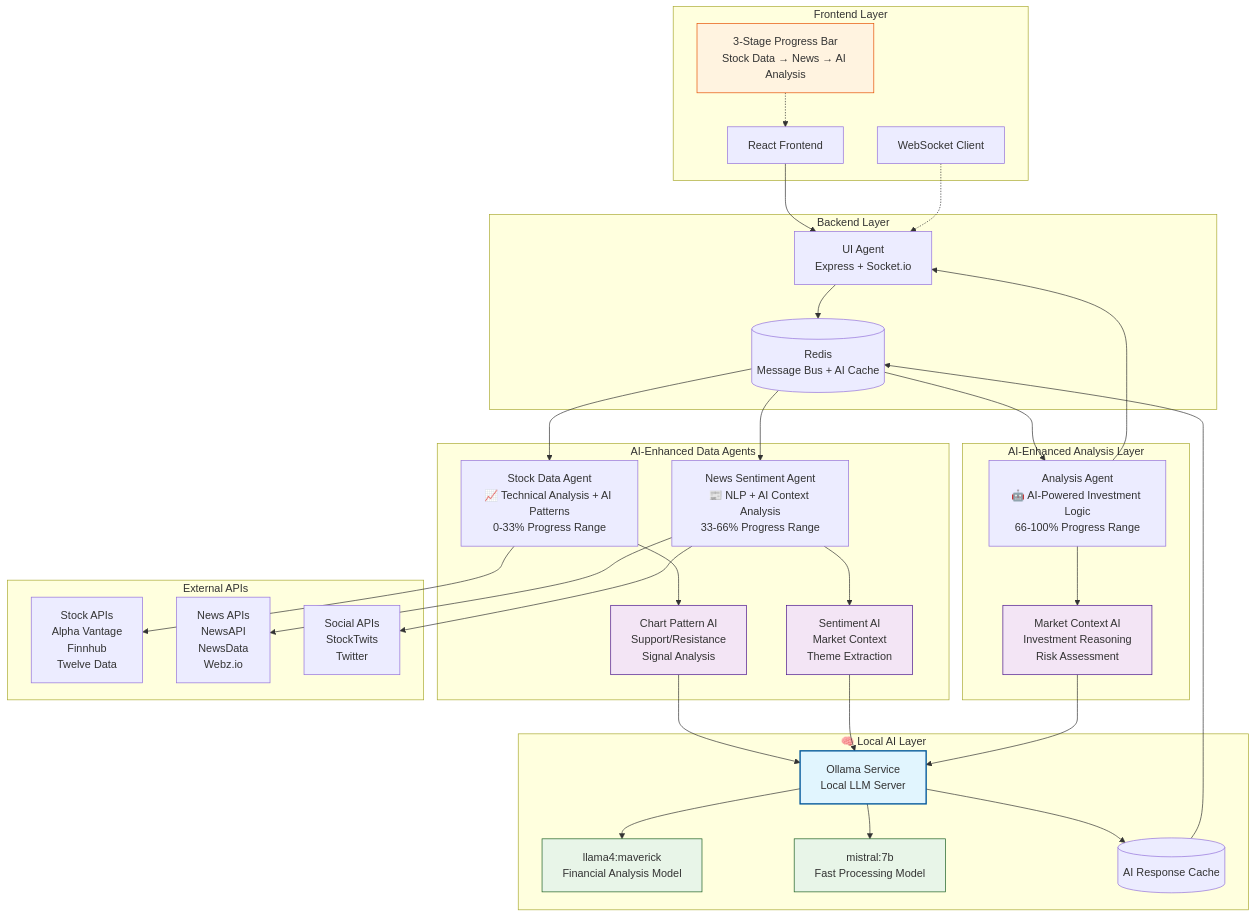
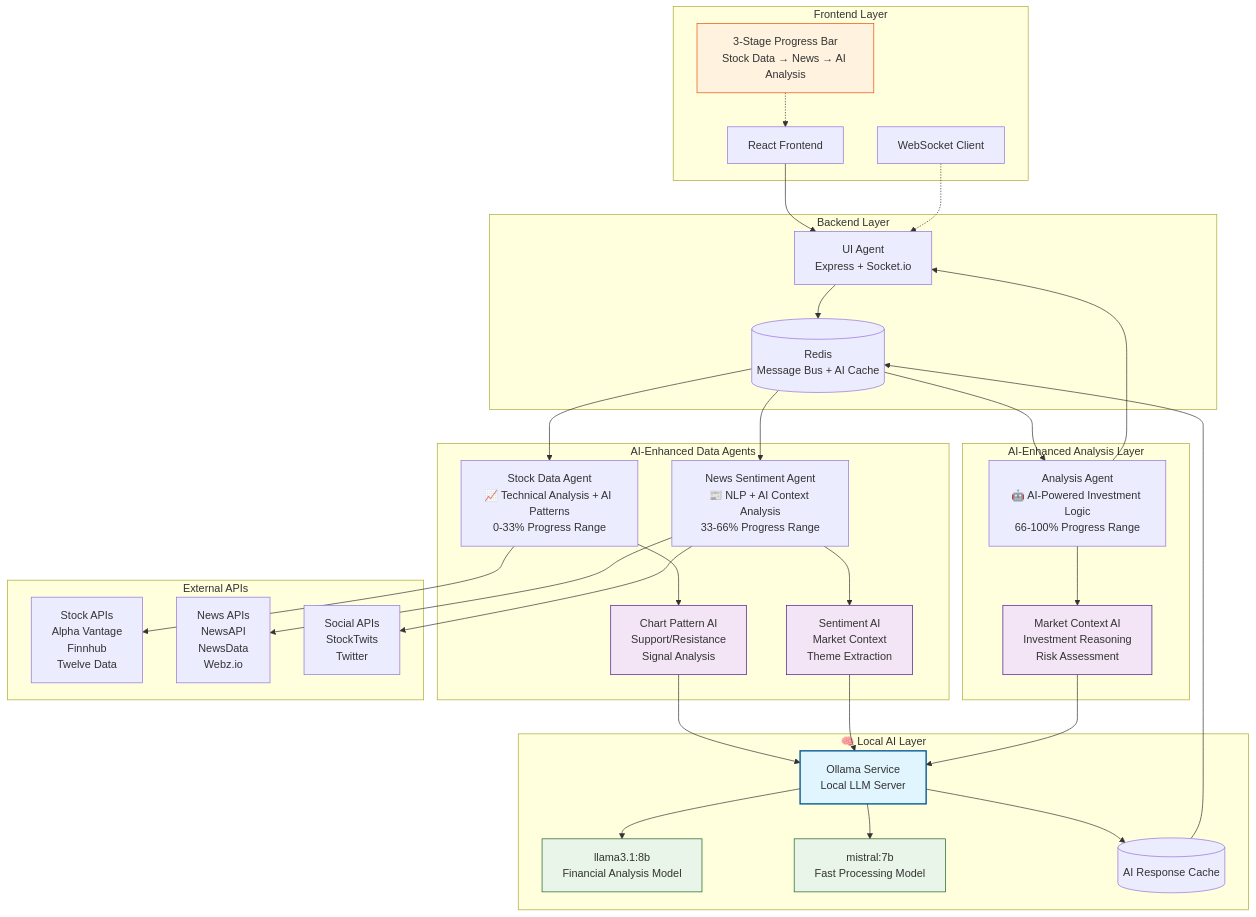
Before and after one commit to iamsudhanshu/stock-analyzer: the first of 7 diagrams in README.md, drawn with Mermaid. The commit also changed other lines of this file and 17 other files, not shown here.

````diff
--- a/README.md
+++ b/README.md
@@ -41,73 +50,73 @@
 ```mermaid
 graph TB
     subgraph "Frontend Layer"
         UI[React Frontend]
         WS[WebSocket Client]
         Progress[3-Stage Progress Bar<br/>Stock Data → News → AI Analysis]
     end
     
     subgraph "Backend Layer"
         UIAgent[UI Agent<br/>Express + Socket.io]
         Redis[(Redis<br/>Message Bus + AI Cache)]
     end
     
     subgraph "🧠 Local AI Layer"
         Ollama[Ollama Service<br/>Local LLM Server]
-        LLaMA[llama4:maverick<br/>Financial Analysis Model]
+        LLaMA[llama3.1:8b<br/>Financial Analysis Model]
         Mistral[mistral:7b<br/>Fast Processing Model]
         AICache[(AI Response Cache)]
     end
     
     subgraph "AI-Enhanced Analysis Layer"
         AnalysisAgent[Analysis Agent<br/>🤖 AI-Powered Investment Logic<br/>66-100% Progress Range]
         AIAnalysis[Market Context AI<br/>Investment Reasoning<br/>Risk Assessment]
     end
     
     subgraph "AI-Enhanced Data Agents"
         StockAgent[Stock Data Agent<br/>📈 Technical Analysis + AI Patterns<br/>0-33% Progress Range]
         StockAI[Chart Pattern AI<br/>Support/Resistance<br/>Signal Analysis]
         
         NewsAgent[News Sentiment Agent<br/>📰 NLP + AI Context Analysis<br/>33-66% Progress Range]
         NewsAI[Sentiment AI<br/>Market Context<br/>Theme Extraction]
     end
     
     subgraph "External APIs"
         StockAPIs[Stock APIs<br/>Alpha Vantage<br/>Finnhub<br/>Twelve Data]
         NewsAPIs[News APIs<br/>NewsAPI<br/>NewsData<br/>Webz.io]
         SocialAPIs[Social APIs<br/>StockTwits<br/>Twitter]
     end
     
     UI --> UIAgent
     WS -.-> UIAgent
     Progress -.-> UI
     UIAgent --> Redis
     Redis --> StockAgent
     Redis --> NewsAgent
     Redis --> AnalysisAgent
     
     StockAgent --> StockAPIs
     StockAgent --> StockAI
     StockAI --> Ollama
     
     NewsAgent --> NewsAPIs
     NewsAgent --> SocialAPIs
     NewsAgent --> NewsAI
     NewsAI --> Ollama
     
     AnalysisAgent --> AIAnalysis
     AIAnalysis --> Ollama
     AnalysisAgent --> UIAgent
     
     Ollama --> LLaMA
     Ollama --> Mistral
     Ollama --> AICache
     AICache --> Redis
     
     style Ollama fill:#e1f5fe,stroke:#01579b,stroke-width:2px
     style StockAI fill:#f3e5f5,stroke:#4a148c
     style NewsAI fill:#f3e5f5,stroke:#4a148c
     style AIAnalysis fill:#f3e5f5,stroke:#4a148c
     style LLaMA fill:#e8f5e8,stroke:#1b5e20
     style Mistral fill:#e8f5e8,stroke:#1b5e20
     style Progress fill:#fff3e0,stroke:#e65100
 ```
````
